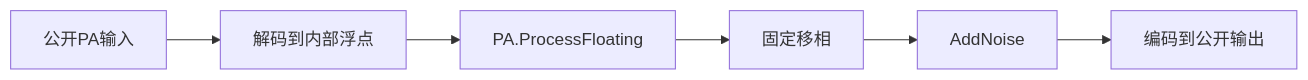
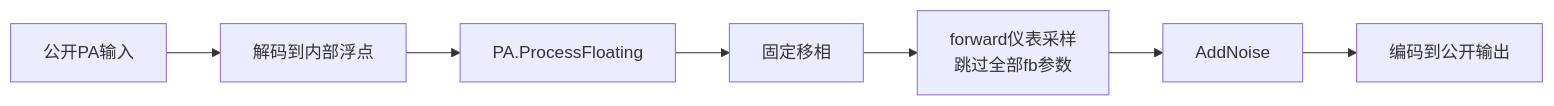
One commit to niyilu45/DPD_ILC changed the third of 4 diagrams in doc/Channel.md. Above: the diagram before and after it, drawn with Mermaid. The commit also changed other lines of this file and 16 other files, not shown here.

````diff
--- a/doc/Channel.md
+++ b/doc/Channel.md
@@ -397,8 +747,9 @@
 ```mermaid
 flowchart LR
     publicInput["公开PA输入"] --> decode["解码到内部浮点"]
     decode --> pa["PA.ProcessFloating"]
     pa --> phase["固定移相"]
-    phase --> noise["AddNoise"]
+    phase --> forward["forward仪表采样<br/>跳过全部fb参数"]
+    forward --> noise["AddNoise"]
     noise --> encode["编码到公开输出"]
 ```
````
